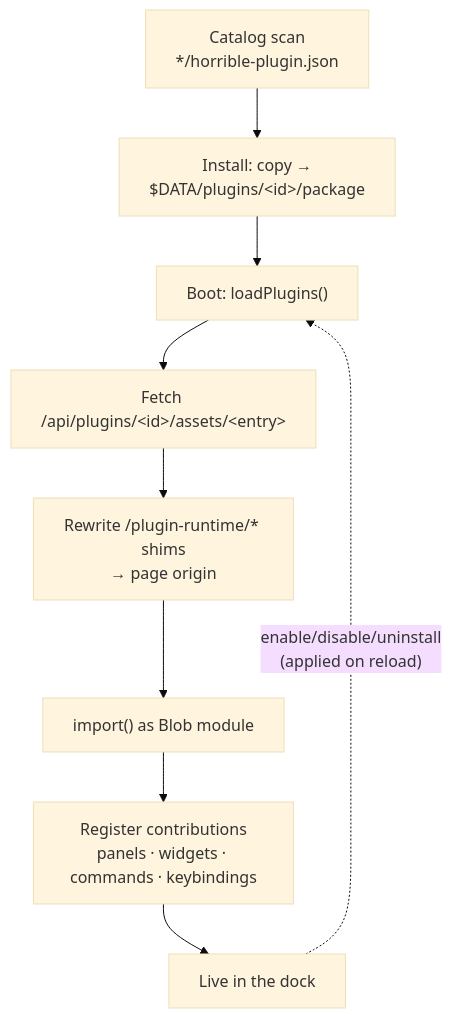
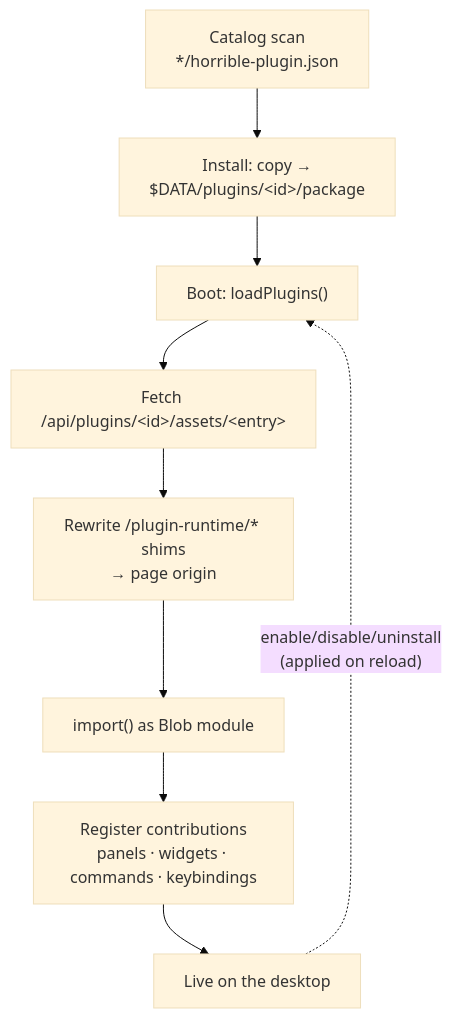
Before and after one commit to ConstCorrectness/horrible-dashboard: the diagram in docs/architecture/plugin-sdk.mdx, drawn with Mermaid (base theme). The commit also changed other lines of this file and 203 other files, not shown here.

````diff
--- a/docs/architecture/plugin-sdk.mdx
+++ b/docs/architecture/plugin-sdk.mdx
@@ -208,11 +210,11 @@
 ```mermaid
 flowchart TD
     Cat["Catalog scan<br/>*/horrible-plugin.json"] --> Inst["Install: copy →<br/>$DATA/plugins/&lt;id&gt;/package"]
     Inst --> Boot["Boot: loadPlugins()"]
     Boot --> Fetch["Fetch /api/plugins/&lt;id&gt;/assets/&lt;entry&gt;"]
     Fetch --> Rewrite["Rewrite /plugin-runtime/* shims<br/>→ page origin"]
     Rewrite --> Blob["import() as Blob module"]
     Blob --> Reg["Register contributions<br/>panels · widgets · commands · keybindings"]
-    Reg --> Live["Live in the dock"]
+    Reg --> Live["Live on the desktop"]
     Live -. "enable/disable/uninstall<br/>(applied on reload)" .-> Boot
 ```
````
